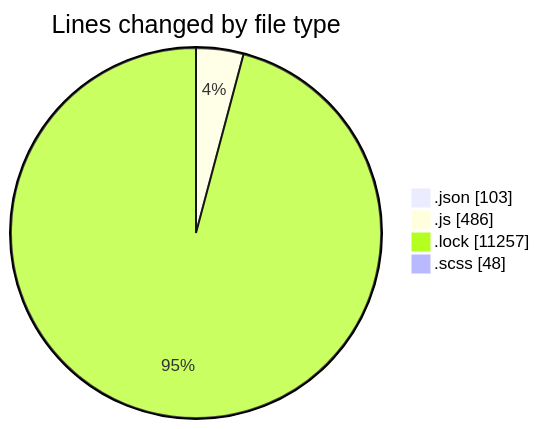
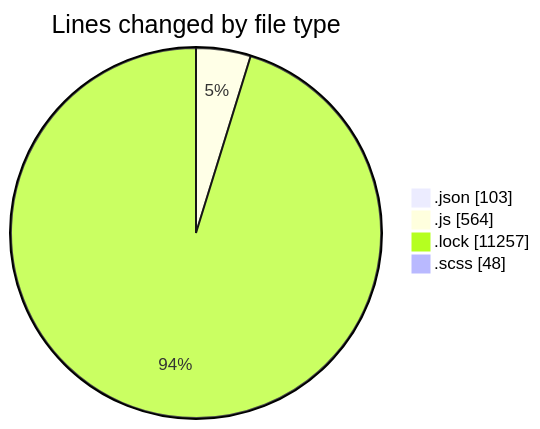
One commit to momahboobian/code-tracking changed the first of 2 diagrams in 2026-01-06/cda/README.md. Above: the diagram before and after it, drawn with Mermaid. The commit also changed other lines of this file and 1 other file, not shown here.

````diff
--- a/2026-01-06/cda/README.md
+++ b/2026-01-06/cda/README.md
@@ -27,8 +28,8 @@
 ```mermaid
 pie showData
 title Lines changed by file type
 ".json" : 103
-".js" : 486
+".js" : 564
 ".lock" : 11257
 ".scss" : 48
 ```
````
